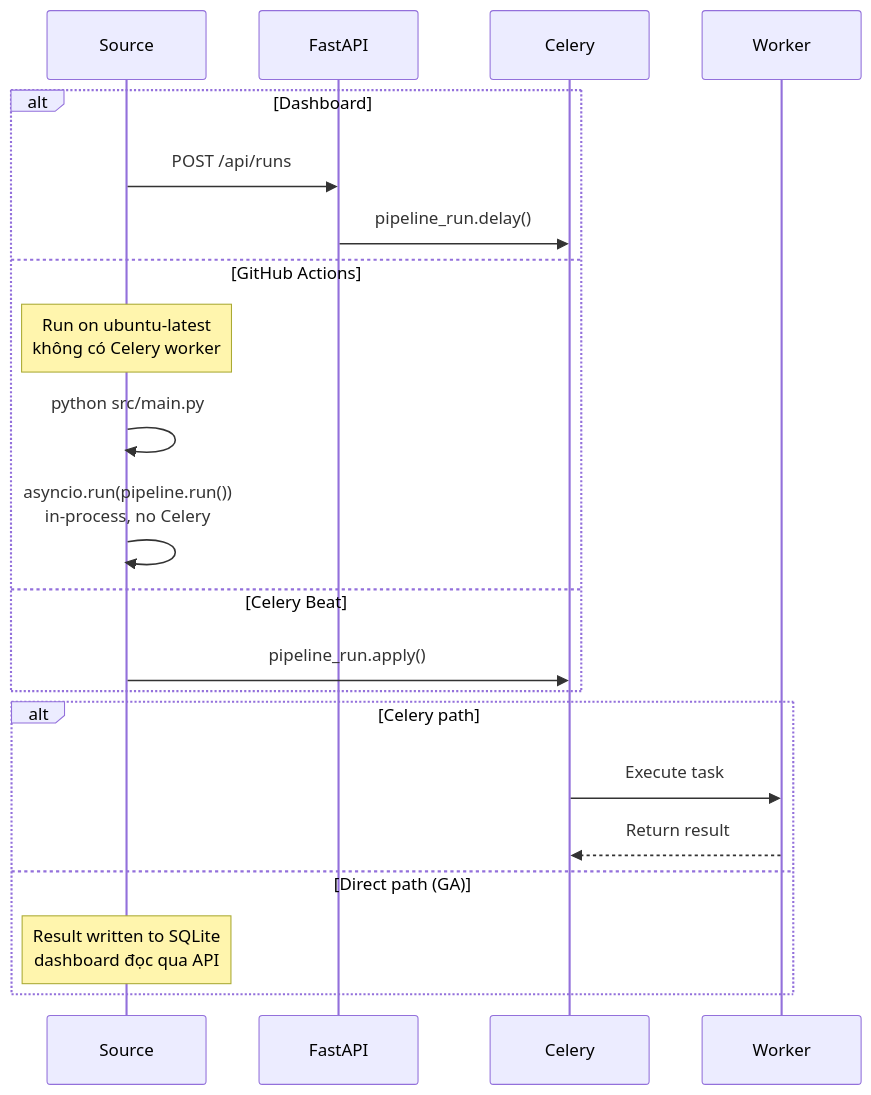
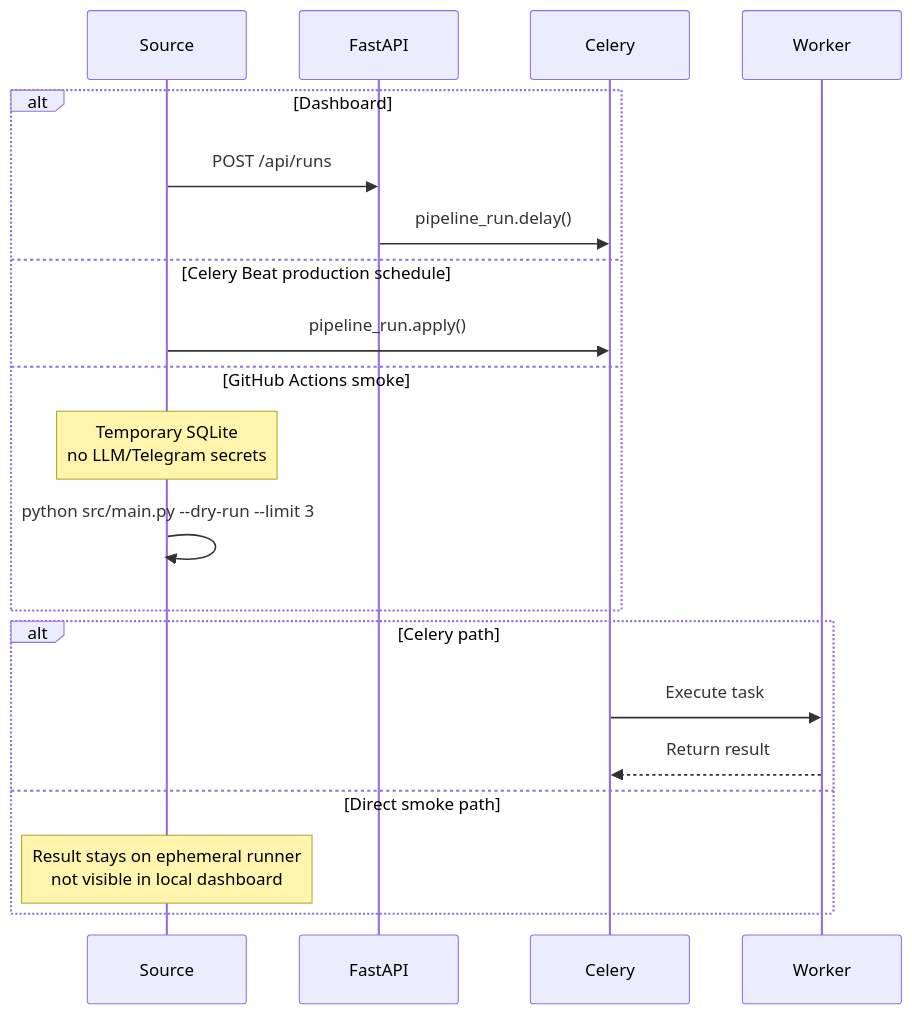
One commit to ryantr-statinops/ScrawlNews changed the fifth of 5 diagrams in docs/PROJECT_KNOWLEDGE/DOMAIN_CONCEPTS/pipeline/02-sequence.md. Above: the diagram before and after it, drawn with Mermaid. The commit also changed 14 other files, not shown here.

````diff
--- a/docs/PROJECT_KNOWLEDGE/DOMAIN_CONCEPTS/pipeline/02-sequence.md
+++ b/docs/PROJECT_KNOWLEDGE/DOMAIN_CONCEPTS/pipeline/02-sequence.md
@@ -127,25 +127,24 @@
 ```mermaid
 sequenceDiagram
     participant Source
     participant FastAPI
     participant Celery
     participant Worker
 
     alt Dashboard
         Source->>FastAPI: POST /api/runs
         FastAPI->>Celery: pipeline_run.delay()
-    else GitHub Actions
-        Note over Source: Run on ubuntu-latest<br/>không có Celery worker
-        Source->>Source: python src/main.py
-        Source->>Source: asyncio.run(pipeline.run())<br/>in-process, no Celery
-    else Celery Beat
+    else Celery Beat production schedule
         Source->>Celery: pipeline_run.apply()
+    else GitHub Actions smoke
+        Note over Source: Temporary SQLite<br/>no LLM/Telegram secrets
+        Source->>Source: python src/main.py --dry-run --limit 3
     end
 
     alt Celery path
         Celery->>Worker: Execute task
         Worker-->>Celery: Return result
-    else Direct path (GA)
-        Note over Source: Result written to SQLite<br/>dashboard đọc qua API
+    else Direct smoke path
+        Note over Source: Result stays on ephemeral runner<br/>not visible in local dashboard
     end
 ```
````
